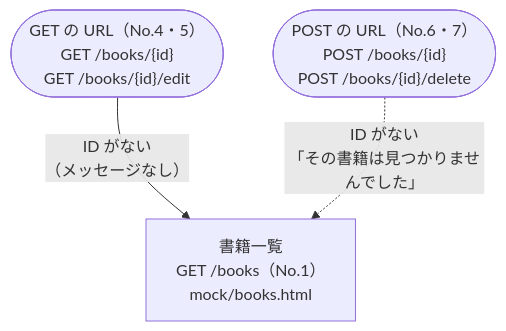
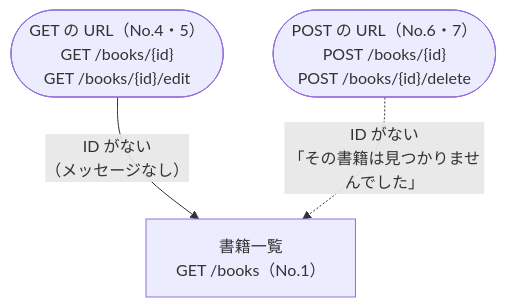
One commit to yuracode/simple-springboot changed the fourth of 4 diagrams in books-documents/screen-flow.md. Above: the diagram before and after it, drawn with Mermaid. The commit also changed other lines of this file and 5 other files, not shown here.

````diff
--- a/books-documents/screen-flow.md
+++ b/books-documents/screen-flow.md
@@ -67,9 +67,9 @@
 ```mermaid
 flowchart TD
     getReq(["GET の URL（No.4・5）<br>GET /books/{id}<br>GET /books/{id}/edit"])
     postReq(["POST の URL（No.6・7）<br>POST /books/{id}<br>POST /books/{id}/delete"])
-    list["書籍一覧<br>GET /books（No.1）<br>mock/books.html"]
+    list["書籍一覧<br>GET /books（No.1）"]
 
     getReq -->|"ID がない<br>（メッセージなし）"| list
     postReq -.->|"ID がない<br>「その書籍は見つかりませんでした」"| list
 ```
````
